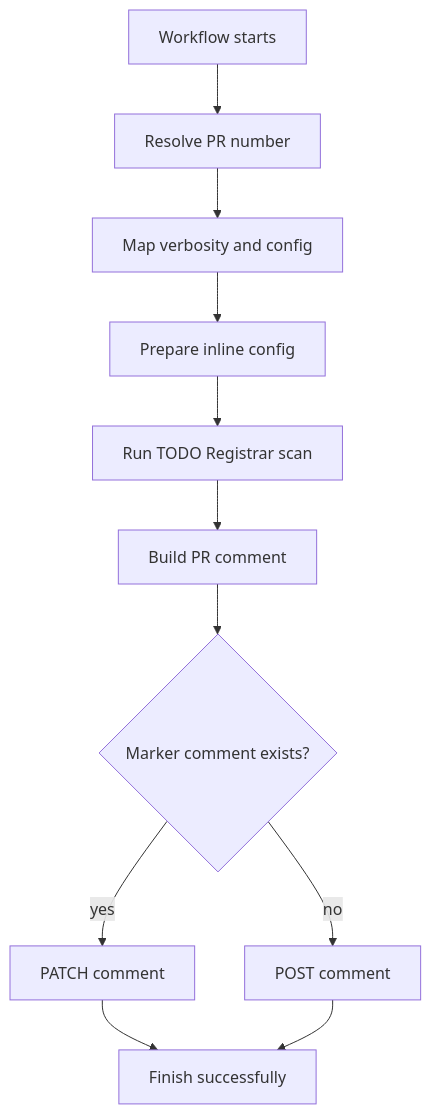
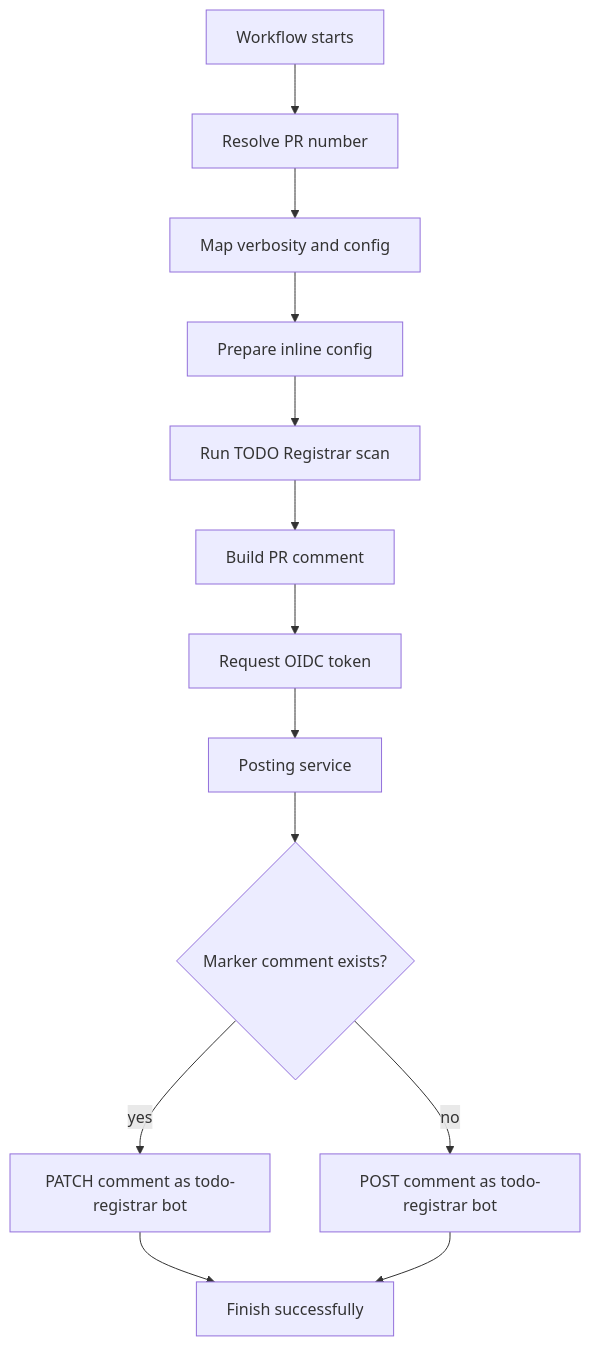
Before and after one commit to Aeliot-Tm/todo-registrar-statistic-action: the diagram in docs/how-it-works.md, drawn with Mermaid. The commit also changed other lines of this file and 22 other files, not shown here.

````diff
--- a/docs/how-it-works.md
+++ b/docs/how-it-works.md
@@ -17,13 +19,15 @@
 ```mermaid
 flowchart TD
   A[Workflow starts] --> B[Resolve PR number]
   B --> C[Map verbosity and config]
   C --> D[Prepare inline config]
   D --> E[Run TODO Registrar scan]
   E --> F[Build PR comment]
-  F --> G{Marker comment exists?}
-  G -->|yes| H[PATCH comment]
-  G -->|no| I[POST comment]
-  H --> J[Finish successfully]
-  I --> J
+  F --> G[Request OIDC token]
+  G --> H[Posting service]
+  H --> I{Marker comment exists?}
+  I -->|yes| J[PATCH comment as todo-registrar bot]
+  I -->|no| K[POST comment as todo-registrar bot]
+  J --> L[Finish successfully]
+  K --> L
 ```
````
